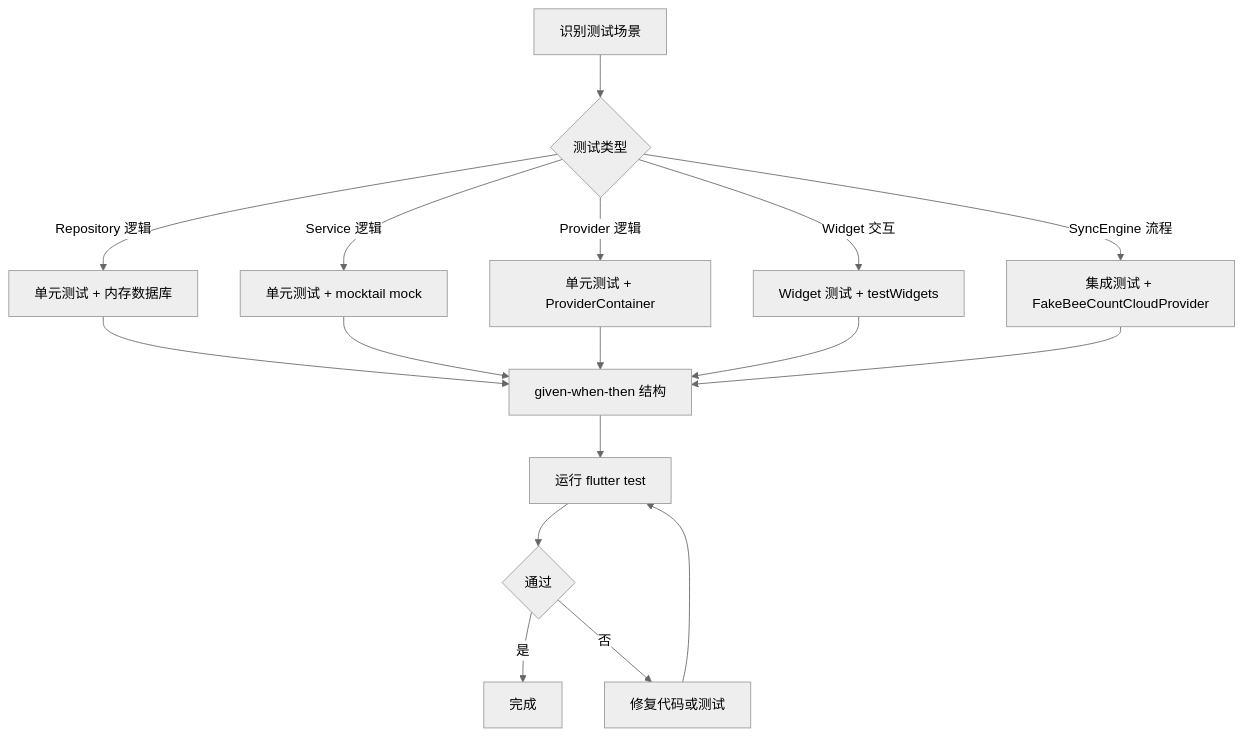
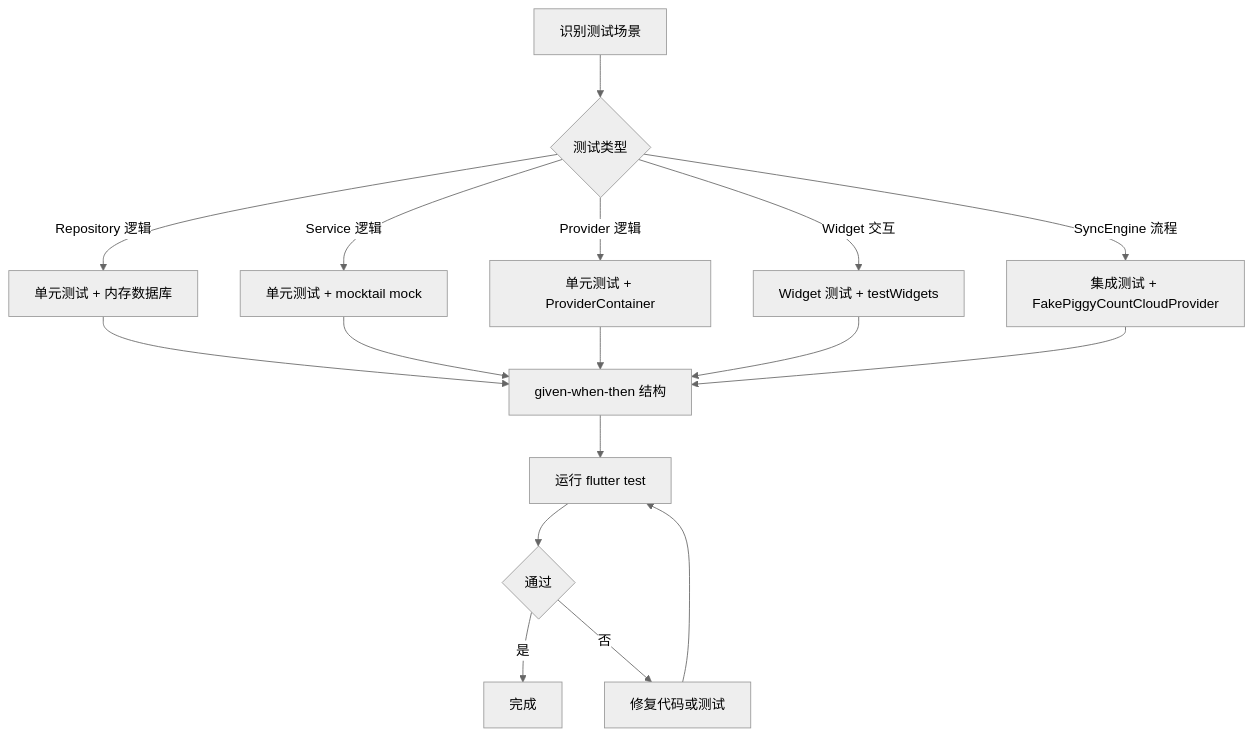
The fourth of 5 diagrams in docoments/10-testing-strategy.md (mecoren/PiggyCount), drawn with Mermaid (neutral theme) before and after one commit. The commit also changed other lines of this file and 91 other files, not shown here.

````diff
--- a/docoments/10-testing-strategy.md
+++ b/docoments/10-testing-strategy.md
@@ -341,21 +341,21 @@
 ```mermaid
 flowchart TD
     A[识别测试场景] --> B{测试类型}
     B -->|Repository 逻辑| C[单元测试 + 内存数据库]
     B -->|Service 逻辑| D[单元测试 + mocktail mock]
     B -->|Provider 逻辑| E[单元测试 + ProviderContainer]
     B -->|Widget 交互| F[Widget 测试 + testWidgets]
-    B -->|SyncEngine 流程| G[集成测试 + FakeBeeCountCloudProvider]
+    B -->|SyncEngine 流程| G[集成测试 + FakePiggyCountCloudProvider]
 
     C --> H[given-when-then 结构]
     D --> H
     E --> H
     F --> H
     G --> H
 
     H --> I[运行 flutter test]
     I --> J{通过}
     J -->|是| K[完成]
     J -->|否| L[修复代码或测试]
     L --> I
 ```
````
